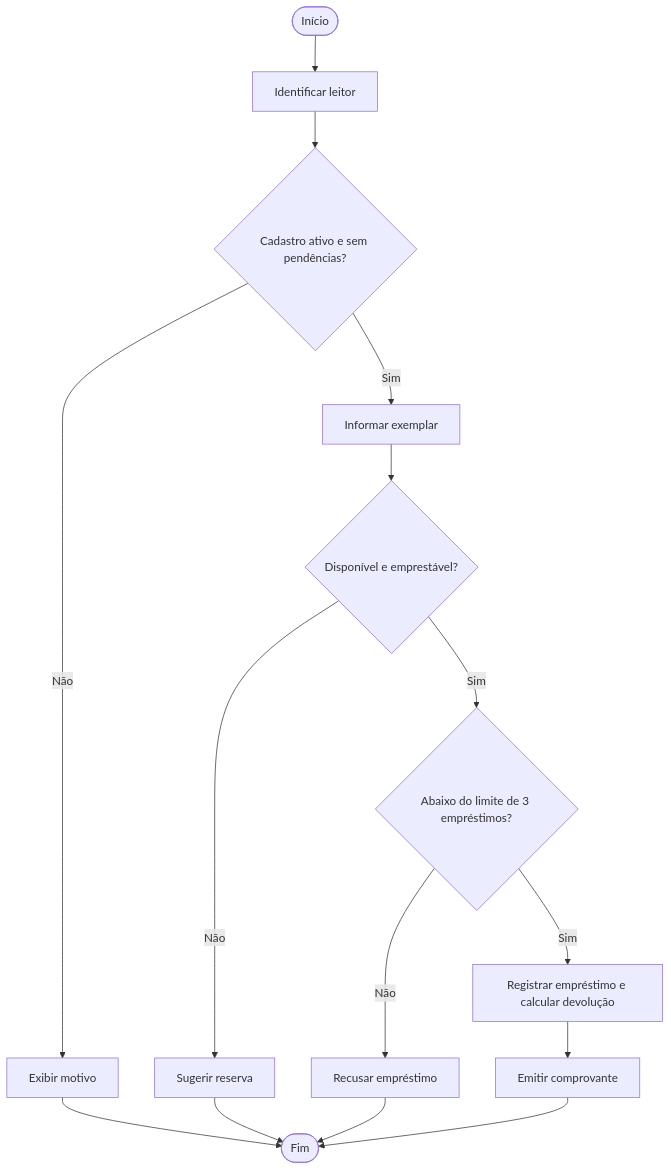
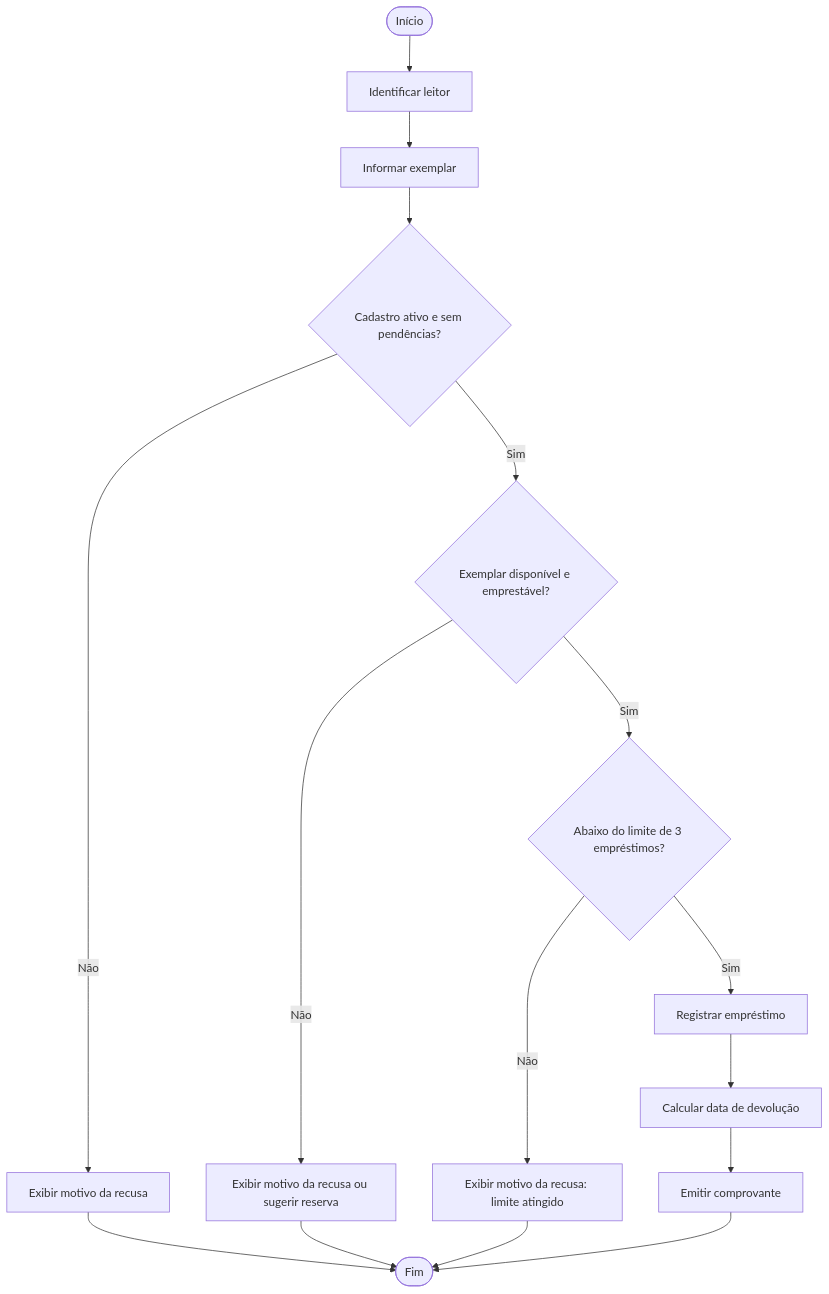
One commit to manu135-collab/Templo-das-paginas changed the first of 2 diagrams in 03-diagramas-uml/3-diagrama-de-atividades.md. Above: the diagram before and after it, drawn with Mermaid. The commit also changed other lines of this file, not shown here.

First line of the commit message:
Revise activity diagrams for loan and login

````diff
--- a/03-diagramas-uml/3-diagrama-de-atividades.md
+++ b/03-diagramas-uml/3-diagrama-de-atividades.md
@@ -7,17 +7,18 @@
 ```mermaid
 flowchart TD
   A([Início]) --> B[Identificar leitor]
-  B --> C{Cadastro ativo e sem pendências?}
-  C -- Não --> D[Exibir motivo]
+  B --> B2[Informar exemplar]
+  B2 --> C{Cadastro ativo e sem pendências?}
+  C -- Não --> D[Exibir motivo da recusa]
   D --> Z([Fim])
-  C -- Sim --> E[Informar exemplar]
-  E --> F{Disponível e emprestável?}
-  F -- Não --> G[Sugerir reserva]
+  C -- Sim --> F{Exemplar disponível e emprestável?}
+  F -- Não --> G[Exibir motivo da recusa ou sugerir reserva]
   G --> Z
   F -- Sim --> H{Abaixo do limite de 3 empréstimos?}
-  H -- Não --> I[Recusar empréstimo]
+  H -- Não --> I[Exibir motivo da recusa: limite atingido]
   I --> Z
-  H -- Sim --> J[Registrar empréstimo e calcular devolução]
-  J --> K[Emitir comprovante]
+  H -- Sim --> J[Registrar empréstimo]
+  J --> J2[Calcular data de devolução]
+  J2 --> K[Emitir comprovante]
   K --> Z
 ```
````
